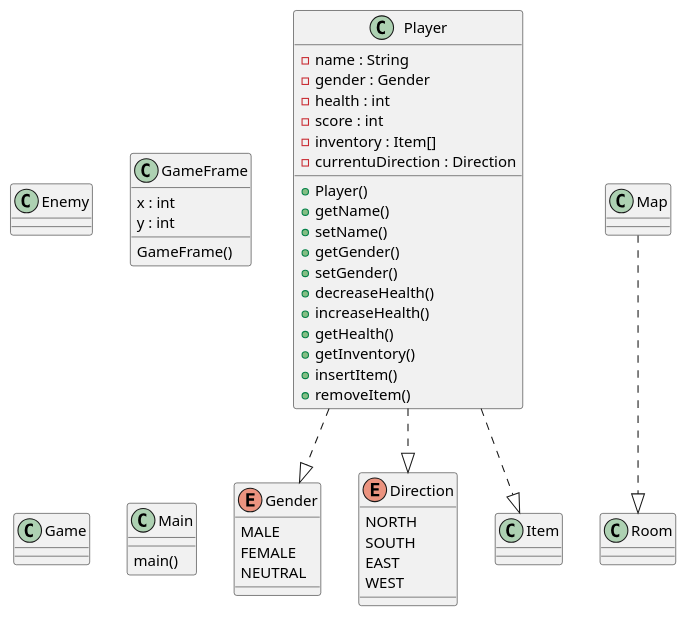
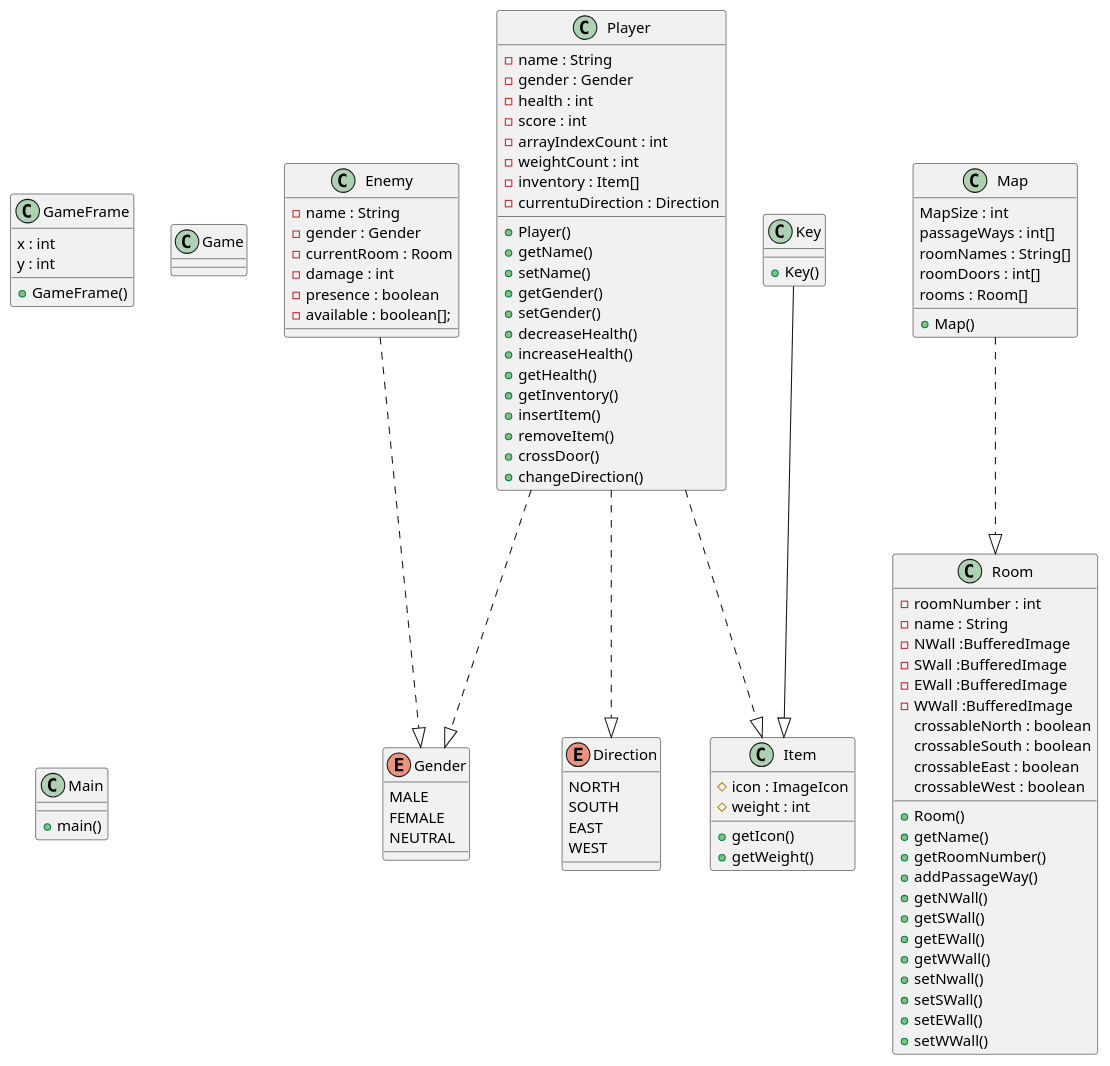
The diagram in Diagrams/DesignClassModel.plantuml (nardib/TextAdventure), drawn with PlantUML before and after one commit.

Commit message:
updated class diagram (obv still incomplete)

```diff
--- a/Diagrams/DesignClassModel.plantuml
+++ b/Diagrams/DesignClassModel.plantuml
@@ -1,53 +1,106 @@
 @startuml DesignClassModel
 
     class Player {
         -name : String
         -gender : Gender
         -health : int
         -score : int
+        -arrayIndexCount : int
+        -weightCount : int
         -inventory : Item[]
         -currentuDirection : Direction
         +Player()
         +getName()
         +setName()
         +getGender()
         +setGender()
         +decreaseHealth()
         +increaseHealth()
         +getHealth()
         +getInventory()
         +insertItem()
         +removeItem()
+        +crossDoor()
+        +changeDirection()
     }
 
     enum Gender {
         MALE
         FEMALE
         NEUTRAL
     }
     enum Direction {
         NORTH
         SOUTH
         EAST
         WEST
     }
-    class Enemy
+    class Enemy{
+        -name : String
+        -gender : Gender
+        -currentRoom : Room
+        -damage : int
+        -presence : boolean
+        -available : boolean[];
+    }
     class GameFrame {
         x : int
         y : int
-        GameFrame()
+        +GameFrame()
     }
     class Game
     class Main {
-        main()
+        +main()
     }
-    class Item
-    class Map
-    class Room
+    class Item{
+        #icon : ImageIcon
+        #weight : int
+        +getIcon()
+        +getWeight()
+    }
+    class Key {
+        +Key()
+    }
+    class Map {
+        MapSize : int
+        passageWays : int[]
+        roomNames : String[]
+        roomDoors : int[]
+        rooms : Room[]
+        +Map()
+
+    }
+    class Room {
+        -roomNumber : int
+        -name : String
+        -NWall :BufferedImage
+        -SWall :BufferedImage
+        -EWall :BufferedImage
+        -WWall :BufferedImage
+        crossableNorth : boolean
+        crossableSouth : boolean
+        crossableEast : boolean
+        crossableWest : boolean
+        +Room()
+        +getName()
+        +getRoomNumber()
+        +addPassageWay()
+        +getNWall()
+        +getSWall()
+        +getEWall()
+        +getWWall()
+        +setNwall()
+        +setSWall()
+        +setEWall()
+        +setWWall()
+    }
 
     Player ..|> Gender
     Map ..|> Room
     Player ..|> Item
     Player ..|> Direction
+    Key --|> Item
+    Enemy ..|> Gender
+
 
 @enduml
```
